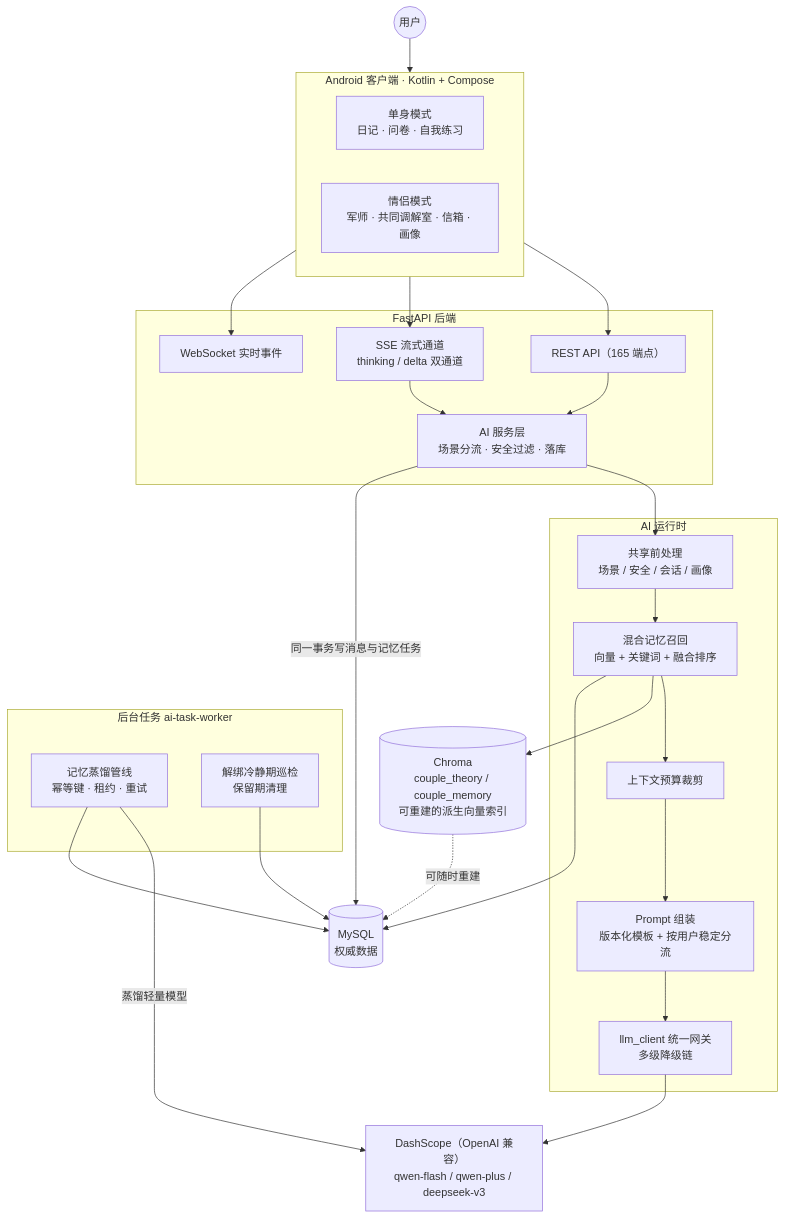
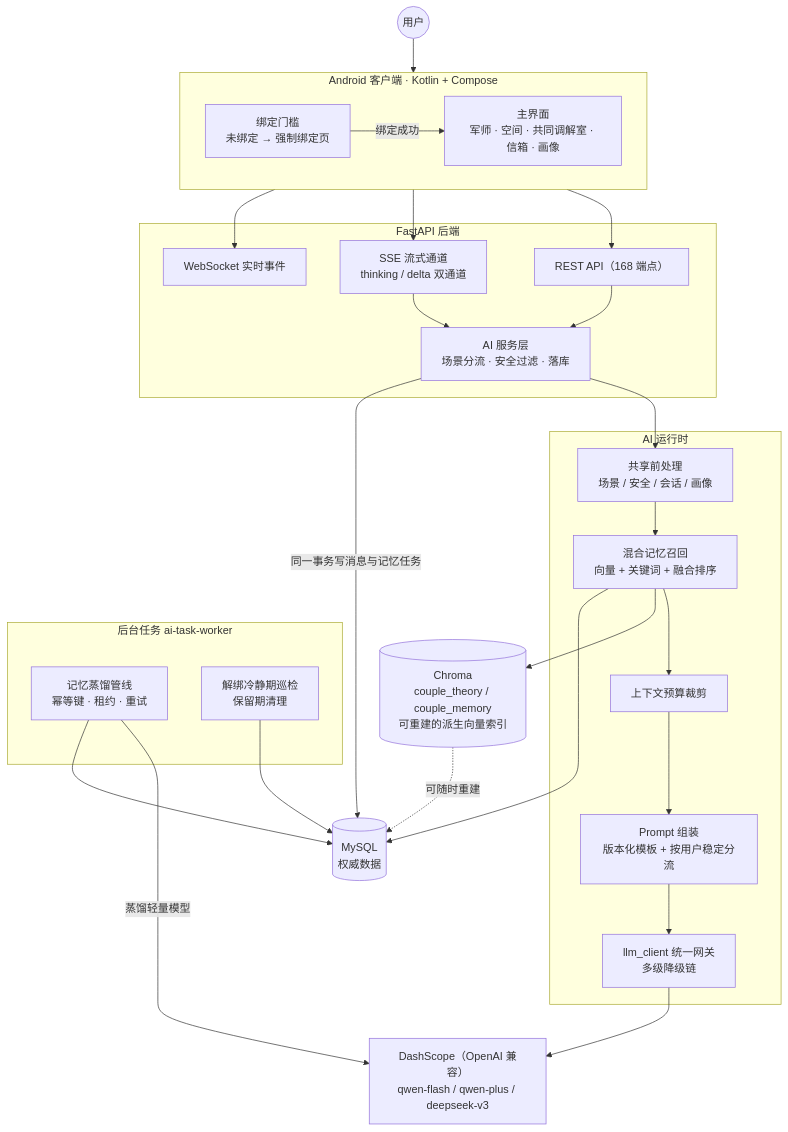
Before and after one commit to Flyaohao/Slowly: the first of 2 diagrams in README.md, drawn with Mermaid. The commit also changed other lines of this file and 9 other files, not shown here.

First line of the commit message:
README 同步：删除单身模式 + 一级页收敛为军师/空间 + 截图全部换新

````diff
--- a/README.md
+++ b/README.md
@@ -94,47 +98,48 @@
 ```mermaid
 flowchart TB
     User(("用户"))
 
     subgraph Android["Android 客户端 · Kotlin + Compose"]
         direction LR
-        SingleUI["单身模式<br/>日记 · 问卷 · 自我练习"]
-        CoupleUI["情侣模式<br/>军师 · 共同调解室 · 信箱 · 画像"]
+        CoupleUI["主界面<br/>军师 · 空间 · 共同调解室 · 信箱 · 画像"]
+        Gate["绑定门槛<br/>未绑定 → 强制绑定页"]
     end
 
     subgraph Backend["FastAPI 后端"]
-        REST["REST API（165 端点）"]
+        REST["REST API（168 端点）"]
         SSE["SSE 流式通道<br/>thinking / delta 双通道"]
         WS["WebSocket 实时事件"]
         AISvc["AI 服务层<br/>场景分流 · 安全过滤 · 落库"]
     end
 
     subgraph Runtime["AI 运行时"]
         Pre["共享前处理<br/>场景 / 安全 / 会话 / 画像"]
         Recall["混合记忆召回<br/>向量 + 关键词 + 融合排序"]
         Budget["上下文预算裁剪"]
         Prompt["Prompt 组装<br/>版本化模板 + 按用户稳定分流"]
         LLM["llm_client 统一网关<br/>多级降级链"]
     end
 
     subgraph Tasks["后台任务 ai-task-worker"]
         Pipeline["记忆蒸馏管线<br/>幂等键 · 租约 · 重试"]
         Purge["解绑冷静期巡检<br/>保留期清理"]
     end
 
     MySQL[("MySQL<br/>权威数据")]
     Chroma[("Chroma<br/>couple_theory / couple_memory<br/>可重建的派生向量索引")]
     DashScope["DashScope（OpenAI 兼容）<br/>qwen-flash / qwen-plus / deepseek-v3"]
 
-    User --> Android
-    Android --> REST & SSE & WS
+    User --> Gate
+    Gate -->|"绑定成功"| CoupleUI
+    CoupleUI --> REST & SSE & WS
     REST --> AISvc
     SSE --> AISvc
     AISvc --> Pre --> Recall --> Budget --> Prompt --> LLM --> DashScope
     Pipeline -->|"蒸馏轻量模型"| DashScope
     Recall --> Chroma
     Recall --> MySQL
     AISvc -->|"同一事务写消息与记忆任务"| MySQL
     Pipeline --> MySQL
     Purge --> MySQL
     Chroma -.可随时重建.-> MySQL
 ```
````
